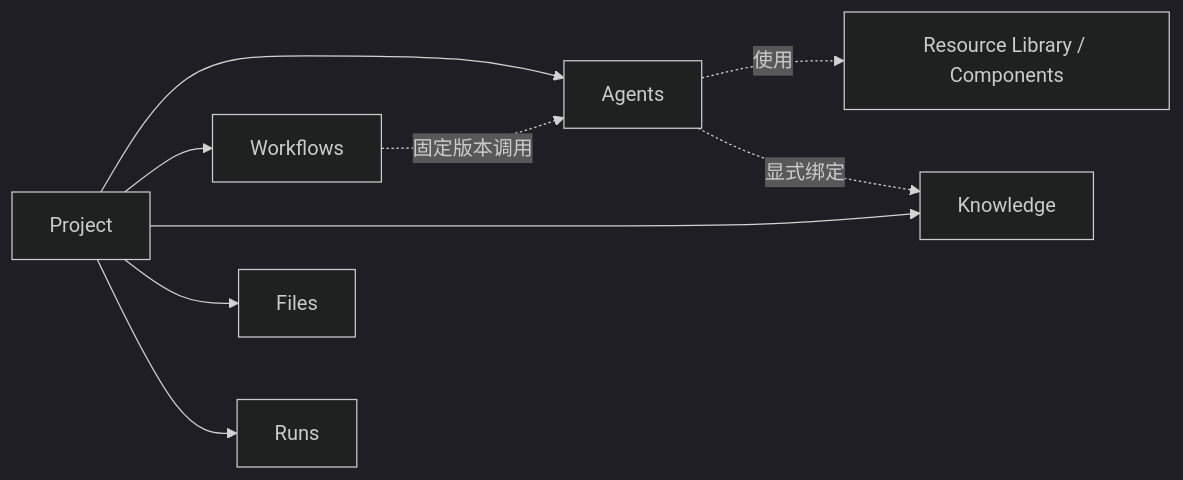
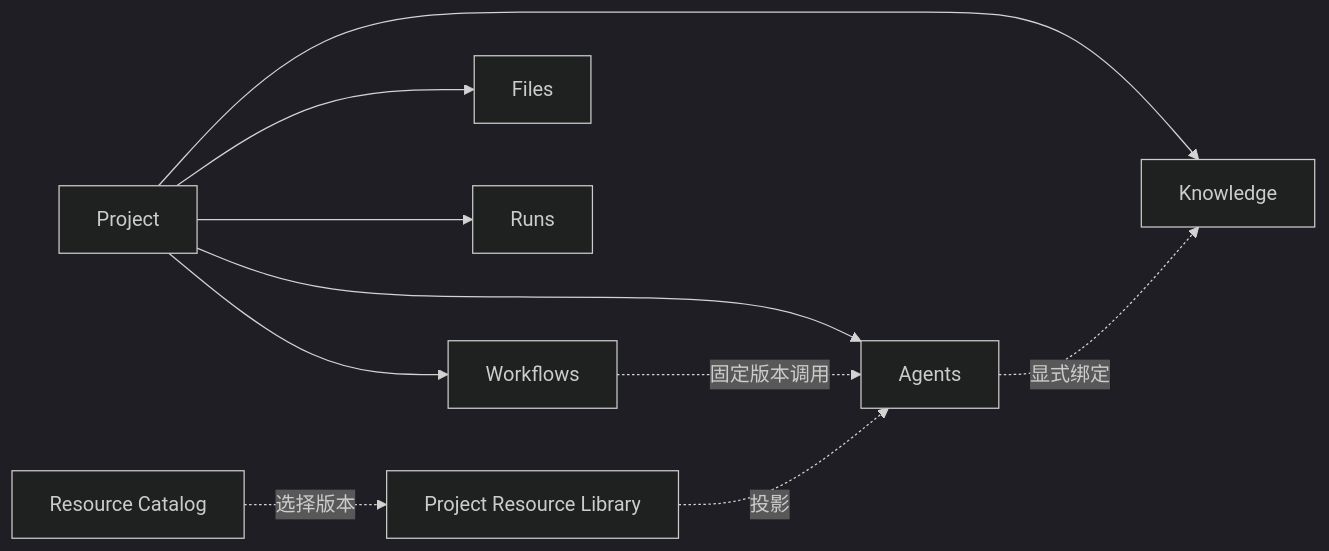
The first of 3 diagrams in docs/adr/0005-resource-boundaries-and-pinned-workflows.md (wenjiesong04/veyra-agent-platform), drawn with Mermaid (dark theme) before and after one commit. The commit also changed other lines of this file and 25 other files, not shown here.

Commit message:
feat: separate global catalog and Project resources

````diff
--- a/docs/adr/0005-resource-boundaries-and-pinned-workflows.md
+++ b/docs/adr/0005-resource-boundaries-and-pinned-workflows.md
@@ -18,11 +18,12 @@
 ```mermaid
 flowchart LR
   P[Project] --> A[Agents]
   P --> W[Workflows]
   P --> K[Knowledge]
   P --> F[Files]
   P --> R[Runs]
   W -.固定版本调用.-> A
-  A -.使用.-> C[Resource Library / Components]
+  C[Resource Catalog] -.选择版本.-> PR[Project Resource Library]
+  PR -.投影.-> A
   A -.显式绑定.-> K
 ```
````
